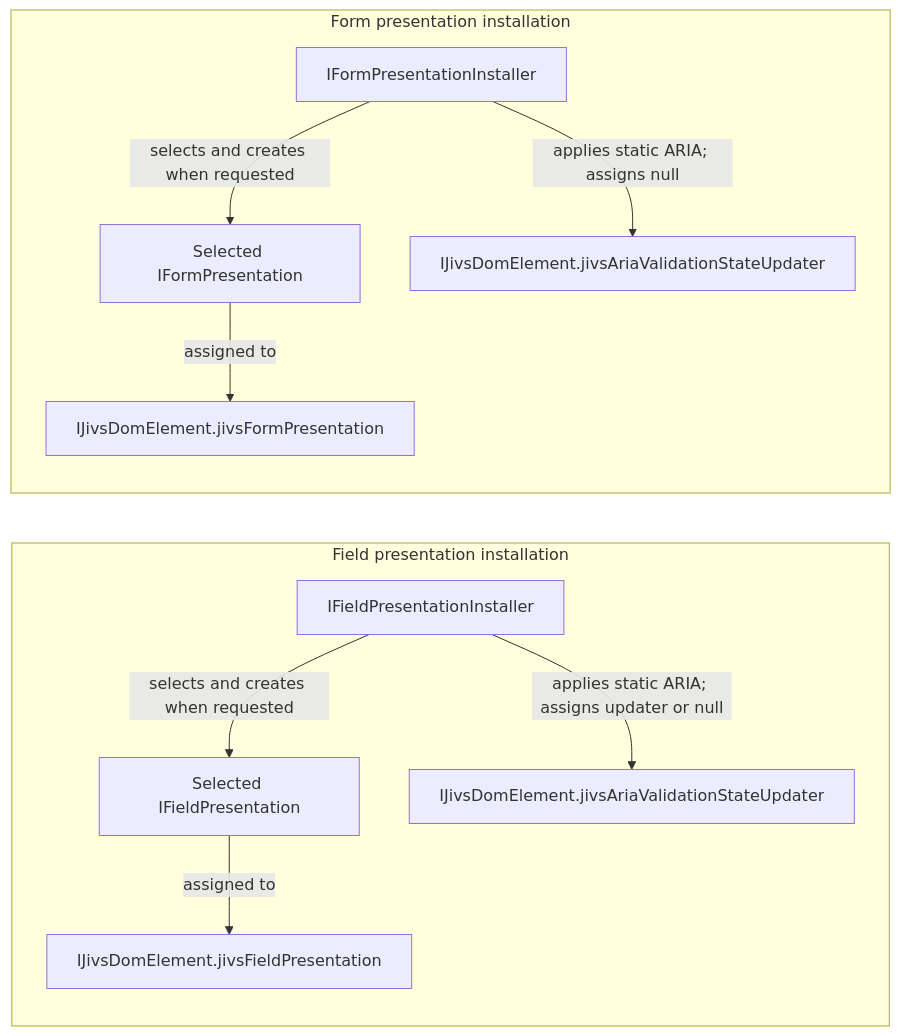
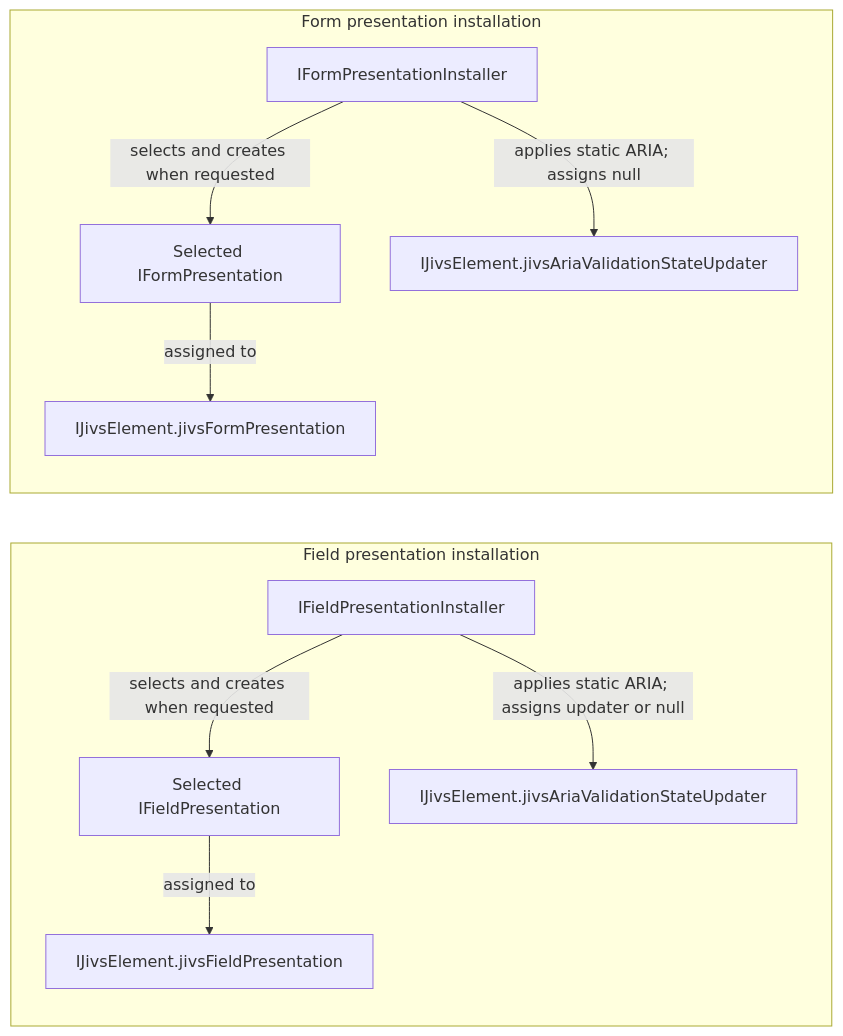
Before and after one commit to plblum/jivs: the fourth of 14 diagrams in planning/Jivs-DOM_Implementation_Design.md, drawn with Mermaid. The commit also changed other lines of this file and 97 other files, not shown here.

Commit message:
Refactoring to rename anchor and IJivsDomElement to jivsElement

````diff
--- a/planning/Jivs-DOM_Implementation_Design.md
+++ b/planning/Jivs-DOM_Implementation_Design.md
@@ -154,28 +154,28 @@
 ```mermaid
 flowchart LR
     subgraph FIELD["Field presentation installation"]
         direction TB
 
         FIELD_INSTALLER["IFieldPresentationInstaller"]
         FIELD_PRESENTATION["Selected IFieldPresentation"]
-        FIELD_PRESENTATION_STATE["IJivsDomElement.jivsFieldPresentation"]
-        FIELD_ARIA_STATE["IJivsDomElement.jivsAriaValidationStateUpdater"]
+        FIELD_PRESENTATION_STATE["IJivsElement.jivsFieldPresentation"]
+        FIELD_ARIA_STATE["IJivsElement.jivsAriaValidationStateUpdater"]
 
         FIELD_INSTALLER -->|"selects and creates when requested"| FIELD_PRESENTATION
         FIELD_PRESENTATION -->|"assigned to"| FIELD_PRESENTATION_STATE
         FIELD_INSTALLER -->|"applies static ARIA; assigns updater or null"| FIELD_ARIA_STATE
     end
 
     subgraph FORM["Form presentation installation"]
         direction TB
 
         FORM_INSTALLER["IFormPresentationInstaller"]
         FORM_PRESENTATION["Selected IFormPresentation"]
-        FORM_PRESENTATION_STATE["IJivsDomElement.jivsFormPresentation"]
-        FORM_ARIA_STATE["IJivsDomElement.jivsAriaValidationStateUpdater"]
+        FORM_PRESENTATION_STATE["IJivsElement.jivsFormPresentation"]
+        FORM_ARIA_STATE["IJivsElement.jivsAriaValidationStateUpdater"]
 
         FORM_INSTALLER -->|"selects and creates when requested"| FORM_PRESENTATION
         FORM_PRESENTATION -->|"assigned to"| FORM_PRESENTATION_STATE
         FORM_INSTALLER -->|"applies static ARIA; assigns null"| FORM_ARIA_STATE
     end
 ```
````
